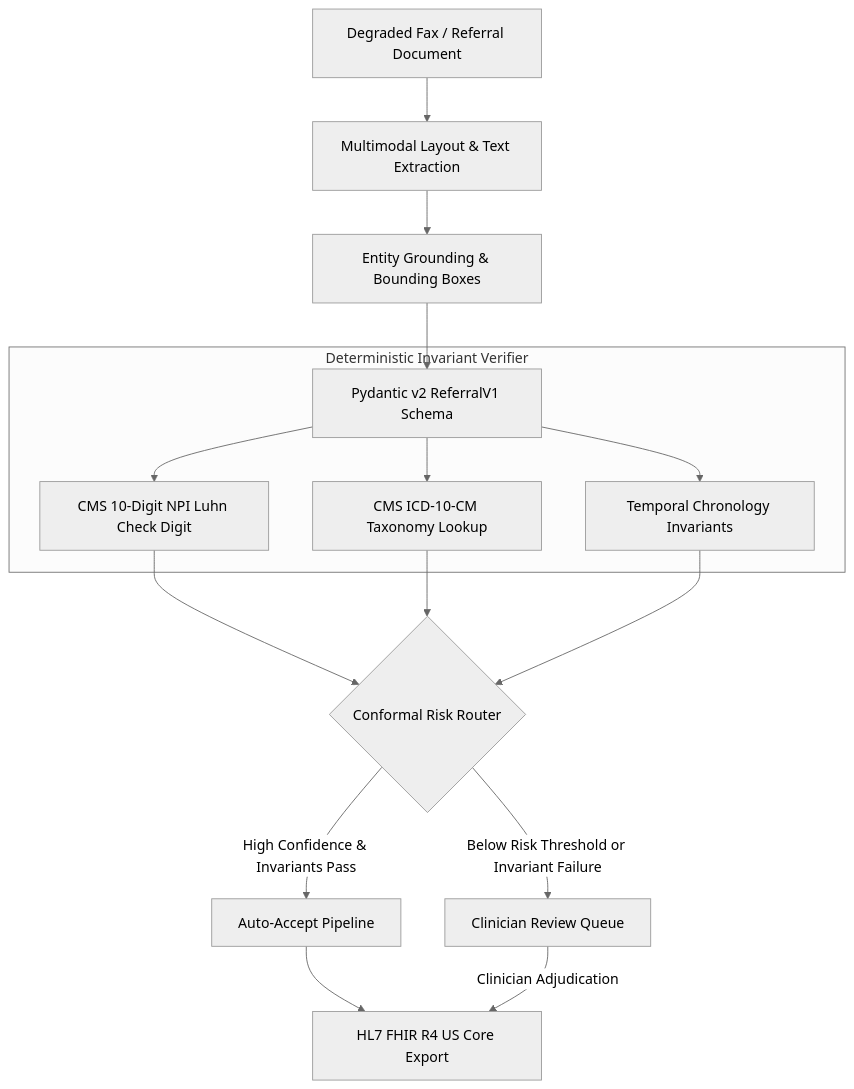
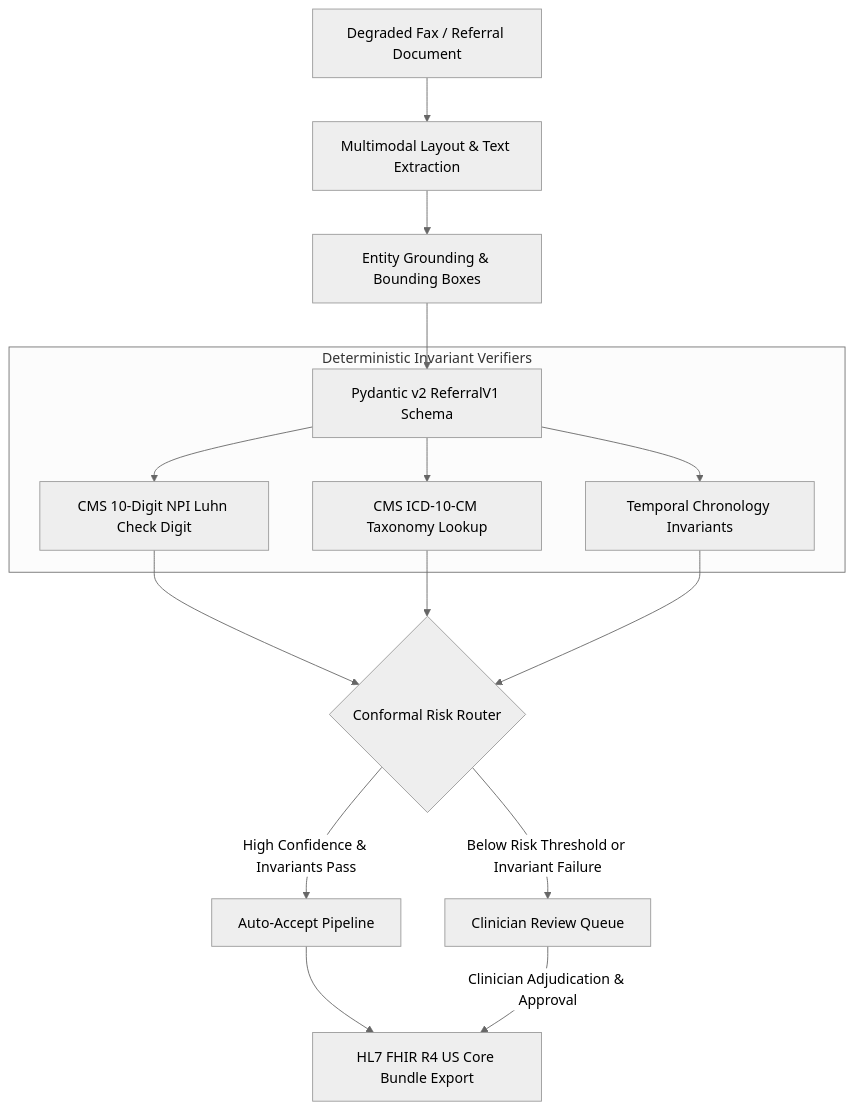
One commit to ManojDevarajulu/IntakeAI changed the diagram in README.md. Above: the diagram before and after it, drawn with Mermaid (neutral theme). The commit also changed other lines of this file and 3 other files, not shown here.

Commit message:
Add CI/CD workflow, Makefile, system architecture, and measured README

````diff
--- a/README.md
+++ b/README.md
@@ -27,19 +62,19 @@
 ```mermaid
 flowchart TD
     A[Degraded Fax / Referral Document] --> B[Multimodal Layout & Text Extraction]
     B --> C[Entity Grounding & Bounding Boxes]
     C --> D[Pydantic v2 ReferralV1 Schema]
     
-    subgraph Deterministic Invariant Verifier
+    subgraph Deterministic Invariant Verifiers
         D --> E[CMS 10-Digit NPI Luhn Check Digit]
         D --> F[CMS ICD-10-CM Taxonomy Lookup]
         D --> G[Temporal Chronology Invariants]
     end
     
     E & F & G --> H{Conformal Risk Router}
     H -->|High Confidence & Invariants Pass| I[Auto-Accept Pipeline]
     H -->|Below Risk Threshold or Invariant Failure| J[Clinician Review Queue]
     
-    I --> K[HL7 FHIR R4 US Core Export]
-    J -->|Clinician Adjudication| K
+    I --> K[HL7 FHIR R4 US Core Bundle Export]
+    J -->|Clinician Adjudication & Approval| K
 ```
````
